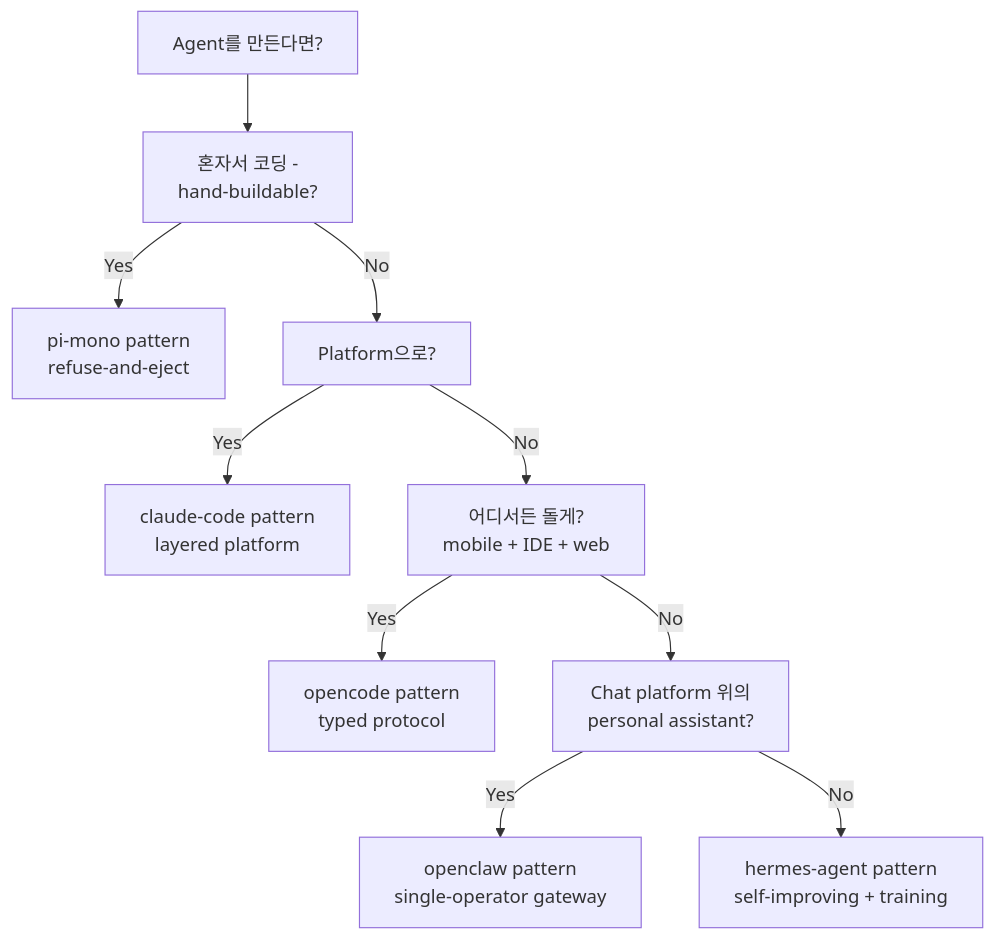
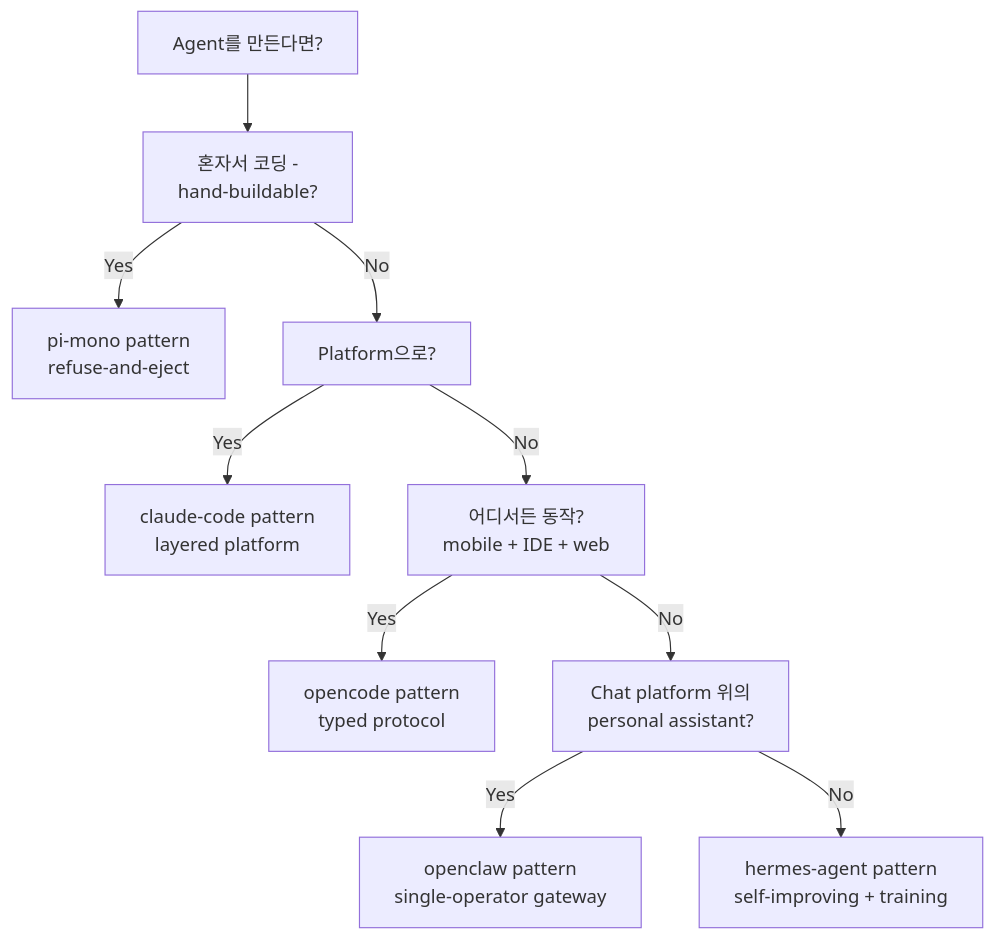
The eighth of 8 diagrams in docs/slides/deck.md (JISUlicious/latest-agents), drawn with Mermaid before and after one commit. The commit also changed other lines of this file, not shown here.

````diff
--- a/docs/slides/deck.md
+++ b/docs/slides/deck.md
@@ -927,12 +917,12 @@
 ```mermaid
 graph TD
     Start[Agent를 만든다면?] --> Q1[혼자서 코딩 -<br/>hand-buildable?]
     Q1 -->|Yes| Pi[pi-mono pattern<br/>refuse-and-eject]
     Q1 -->|No| Q2[Platform으로?]
     Q2 -->|Yes| CC[claude-code pattern<br/>layered platform]
-    Q2 -->|No| Q3[어디서든 돌게?<br/>mobile + IDE + web]
+    Q2 -->|No| Q3[어디서든 동작?<br/>mobile + IDE + web]
     Q3 -->|Yes| OPC[opencode pattern<br/>typed protocol]
     Q3 -->|No| Q4[Chat platform 위의<br/>personal assistant?]
     Q4 -->|Yes| OW[openclaw pattern<br/>single-operator gateway]
     Q4 -->|No| He[hermes-agent pattern<br/>self-improving + training]
 ```
````
